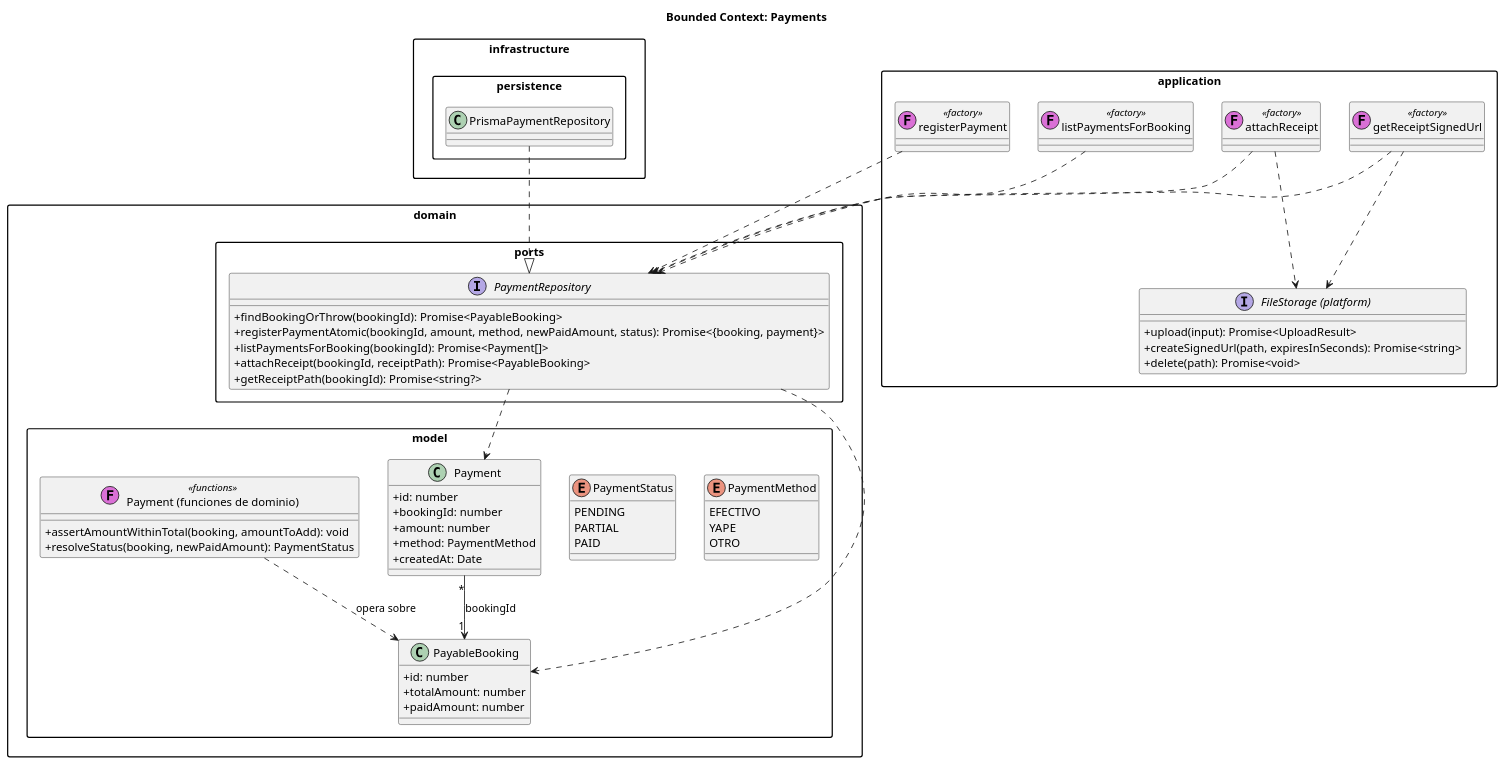
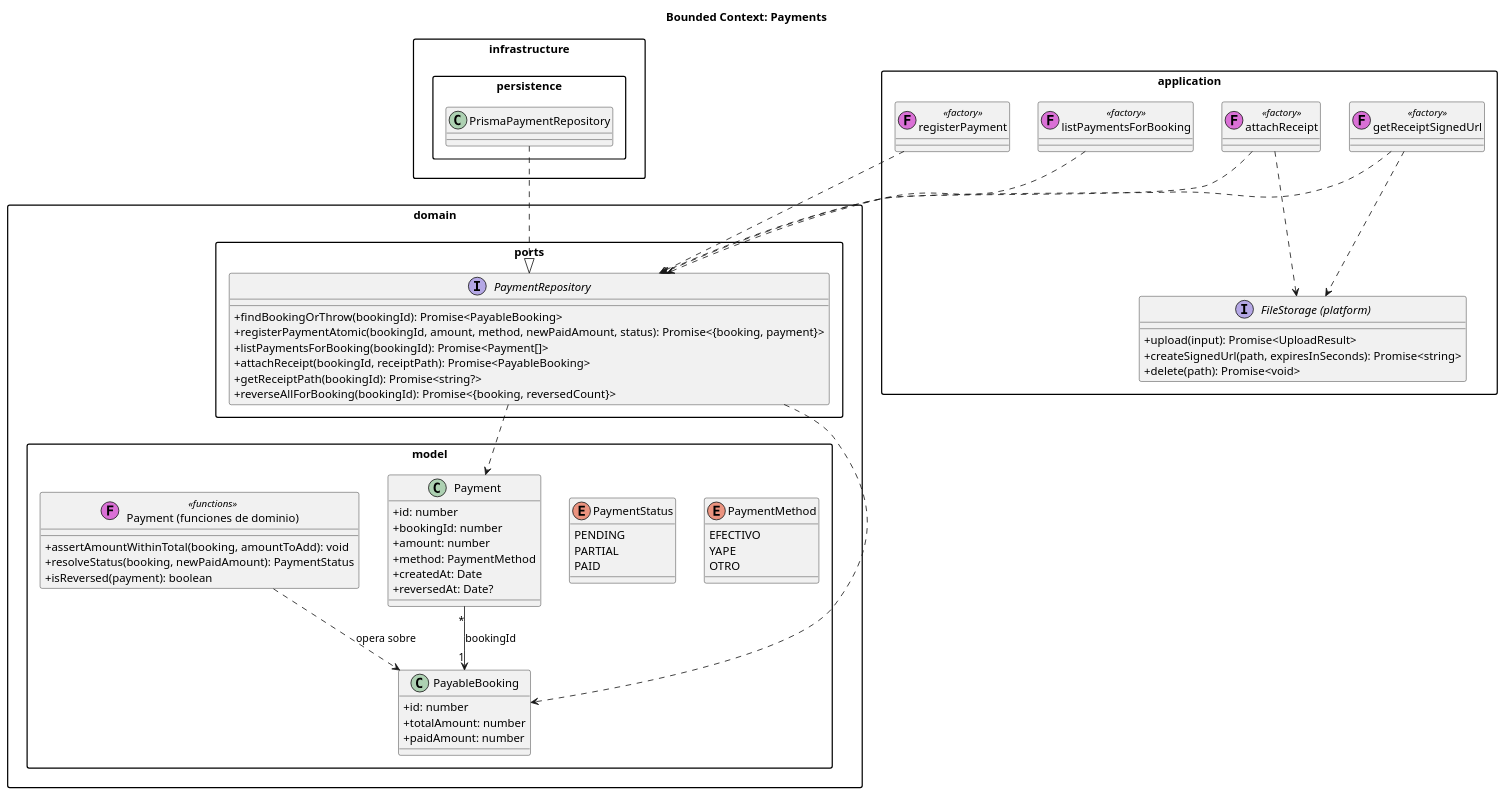
The diagram in docs/diagrams/payments.puml (brianna-salinas/la-canchita-de-carlos-backend), drawn with PlantUML before and after one commit. The commit also changed 20 other files, not shown here.

```diff
--- a/docs/diagrams/payments.puml
+++ b/docs/diagrams/payments.puml
@@ -1,82 +1,85 @@
 @startuml payments-context
 title Bounded Context: Payments
 
 skinparam classAttributeIconSize 0
 skinparam packageStyle rectangle
 
 package "domain.model" {
   enum PaymentMethod {
     EFECTIVO
     YAPE
     OTRO
   }
 
   enum PaymentStatus {
     PENDING
     PARTIAL
     PAID
   }
 
   class Payment {
     +id: number
     +bookingId: number
     +amount: number
     +method: PaymentMethod
     +createdAt: Date
+    +reversedAt: Date?
   }
 
   class PayableBooking {
     +id: number
     +totalAmount: number
     +paidAmount: number
   }
 
   class "Payment (funciones de dominio)" as PaymentRules << (F,orchid) functions >> {
     +assertAmountWithinTotal(booking, amountToAdd): void
     +resolveStatus(booking, newPaidAmount): PaymentStatus
+    +isReversed(payment): boolean
   }
 
   Payment "*" --> "1" PayableBooking : bookingId
   PaymentRules ..> PayableBooking : opera sobre
 }
 
 package "domain.ports" {
   interface PaymentRepository {
     +findBookingOrThrow(bookingId): Promise<PayableBooking>
     +registerPaymentAtomic(bookingId, amount, method, newPaidAmount, status): Promise<{booking, payment}>
     +listPaymentsForBooking(bookingId): Promise<Payment[]>
     +attachReceipt(bookingId, receiptPath): Promise<PayableBooking>
     +getReceiptPath(bookingId): Promise<string?>
+    +reverseAllForBooking(bookingId): Promise<{booking, reversedCount}>
   }
 
   PaymentRepository ..> Payment
   PaymentRepository ..> PayableBooking
 }
 
 package "infrastructure.persistence" {
   class PrismaPaymentRepository
 
   PrismaPaymentRepository ..|> PaymentRepository
 }
 
 package "application" {
   class registerPayment << (F,orchid) factory >>
   class attachReceipt << (F,orchid) factory >>
   class getReceiptSignedUrl << (F,orchid) factory >>
   class listPaymentsForBooking << (F,orchid) factory >>
 
   interface "FileStorage (platform)" as FileStorage {
     +upload(input): Promise<UploadResult>
     +createSignedUrl(path, expiresInSeconds): Promise<string>
     +delete(path): Promise<void>
   }
 
   registerPayment ..> PaymentRepository
   attachReceipt ..> PaymentRepository
   attachReceipt ..> FileStorage
   getReceiptSignedUrl ..> PaymentRepository
   getReceiptSignedUrl ..> FileStorage
   listPaymentsForBooking ..> PaymentRepository
 }
 
 @enduml
```
